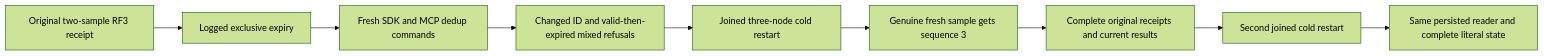
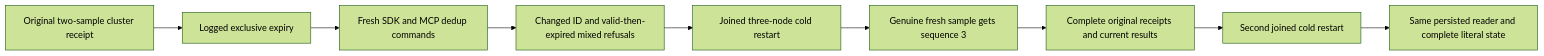
The diagram in docs/Features/TimeSeries/PublicRetentionAtomicity.md (managedcode/KeyLoad), drawn with Mermaid (forest theme) before and after one commit. The commit also changed other lines of this file and 7356 other files, not shown here.

````diff
--- a/docs/Features/TimeSeries/PublicRetentionAtomicity.md
+++ b/docs/Features/TimeSeries/PublicRetentionAtomicity.md
@@ -33,11 +33,11 @@
 ```mermaid
 flowchart LR
-    Seed[Original two-sample RF3 receipt] --> Floor[Logged exclusive expiry]
+    Seed[Original two-sample cluster receipt] --> Floor[Logged exclusive expiry]
     Floor --> Echo[Fresh SDK and MCP dedup commands]
     Echo --> Refusal[Changed ID and valid-then-expired mixed refusals]
     Refusal --> Cold1[Joined three-node cold restart]
     Cold1 --> Fresh[Genuine fresh sample gets sequence 3]
     Fresh --> Replay[Complete original receipts and current results]
     Replay --> Cold2[Second joined cold restart]
     Cold2 --> Verify[Same persisted reader and complete literal state]
 ```
````
